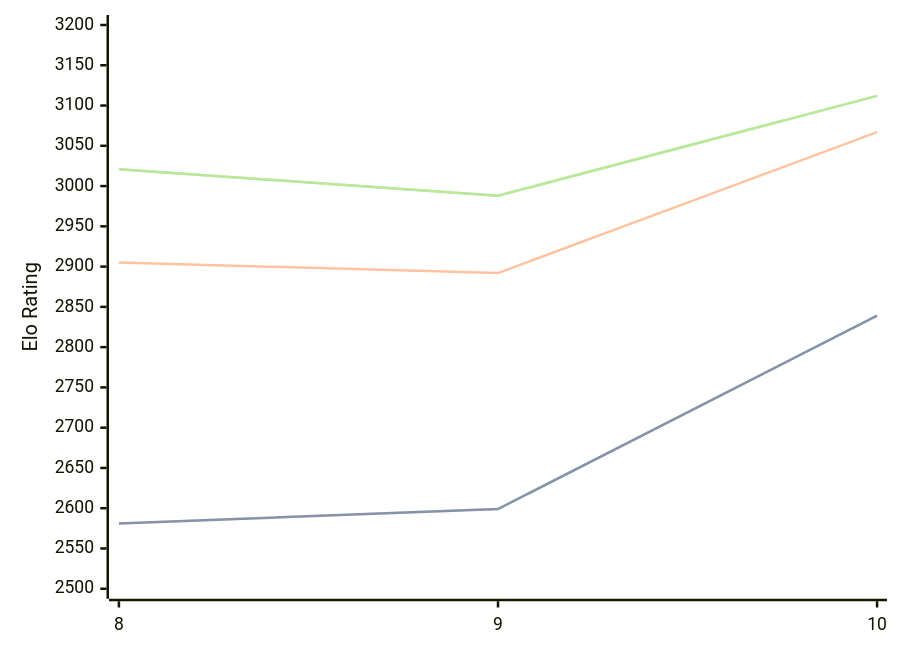
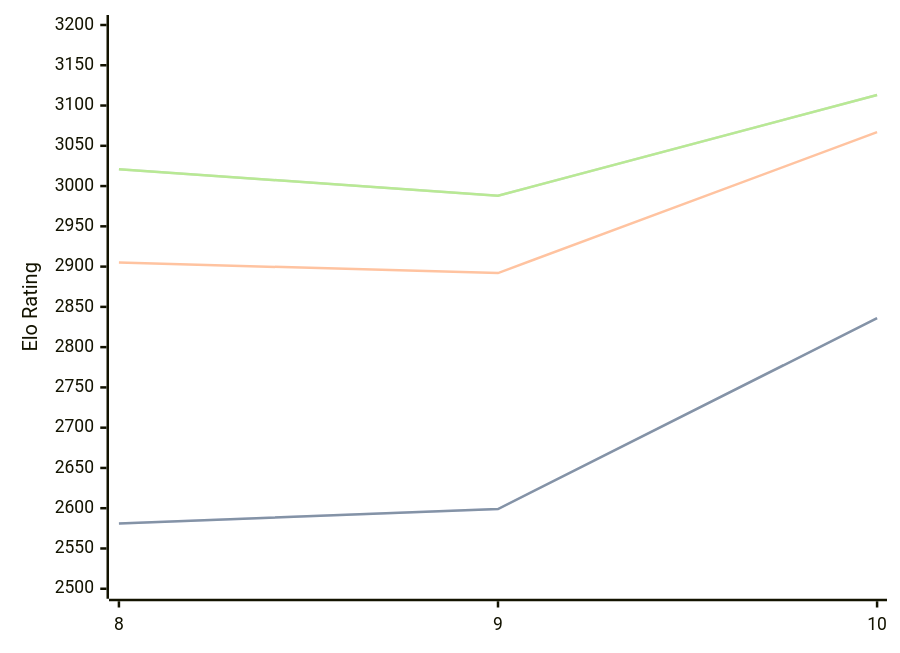
The diagram in engines/Lozza.md (computer-chess-index/cci), drawn with Mermaid before and after one commit. The commit also changed other lines of this file, not shown here.

Commit message:
Update CCI Ratings (ELO VLTC) - 2026-08-17

````diff
--- a/engines/Lozza.md
+++ b/engines/Lozza.md
@@ -33,11 +33,11 @@
 ```mermaid
 %%{init: {"theme":"base","themeVariables":{"seriesColors:['#a3a3a3','#222221','#faa371']}}}%%
 xychart-beta
   x-axis ["8", "9", "10"]
   y-axis "Elo Rating" 2500 --> 3200
-  line "STC (8.0+0.08s)" [2581, 2599, 2839]
-  line "STC (8.0+0.08s)" [2581, 2599, 2839]
+  line "STC (8.0+0.08s)" [2581, 2599, 2836]
+  line "STC (8.0+0.08s)" [2581, 2599, 2836]
   line "LTC (60.0+0.60s)" [2905, 2892, 3067]
-  line "VLTC (2m24s+1.12s)" [3021, 2988, 3112]
-  line "VLTC (2m24s+1.12s)" [3021, 2988, 3112]
+  line "VLTC (2m24s+1.12s)" [3021, 2988, 3113]
+  line "VLTC (2m24s+1.12s)" [3021, 2988, 3113]
 ```
````
